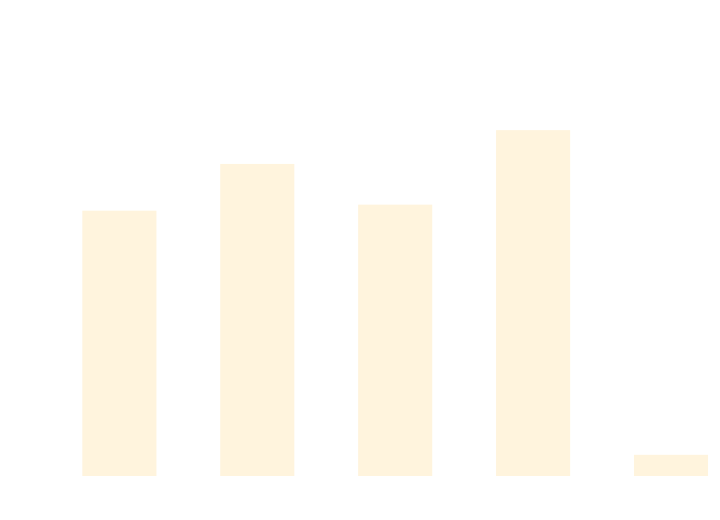
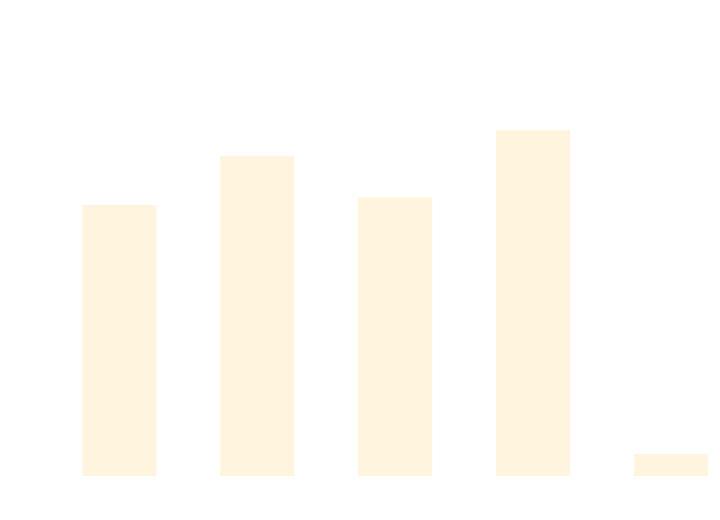
One commit to thomhurst/TUnit changed the diagram in docs/docs/benchmarks/DataDrivenTests.md. Above: the diagram before and after it, drawn with Mermaid. The commit also changed other lines of this file and 17 other files, not shown here.

````diff
--- a/docs/docs/benchmarks/DataDrivenTests.md
+++ b/docs/docs/benchmarks/DataDrivenTests.md
@@ -27,37 +27,37 @@
 ```mermaid
 %%{init: {
   'theme':'base',
   'themeVariables': {
     'primaryColor': '#2563eb',
     'primaryTextColor': '#ffffff',
     'primaryBorderColor': '#1e40af',
     'lineColor': '#6b7280',
     'secondaryColor': '#7c3aed',
     'tertiaryColor': '#dc2626',
     'background': '#ffffff',
     'mainBkg': '#2563eb',
     'secondBkg': '#7c3aed',
     'tertiaryBkg': '#dc2626',
     'clusterBkg': '#f3f4f6',
     'edgeLabelBackground': '#ffffff',
     'tertiaryTextColor': '#1f2937',
     'pie1': '#2563eb',
     'pie2': '#7c3aed',
     'pie3': '#dc2626',
     'pie4': '#f59e0b',
     'pie5': '#10b981',
     'pie6': '#06b6d4',
     'pie7': '#ec4899',
     'pie8': '#6366f1',
     'pie9': '#84cc16',
     'pie10': '#f97316',
     'pie11': '#14b8a6',
     'pie12': '#a855f7'
   }
 }}%%
 xychart-beta
   title "DataDrivenTests Performance Comparison"
   x-axis ["TUnit", "NUnit", "MSTest", "xUnit3", "TUnit_AOT"]
-  y-axis "Time (ms)" 0 --> 750
-  bar [475.61, 562.15, 486.76, 624.75, 23.47]
+  y-axis "Time (ms)" 0 --> 702
+  bar [454.86, 539.45, 468.49, 584.76, 23.49]
 ```
````
